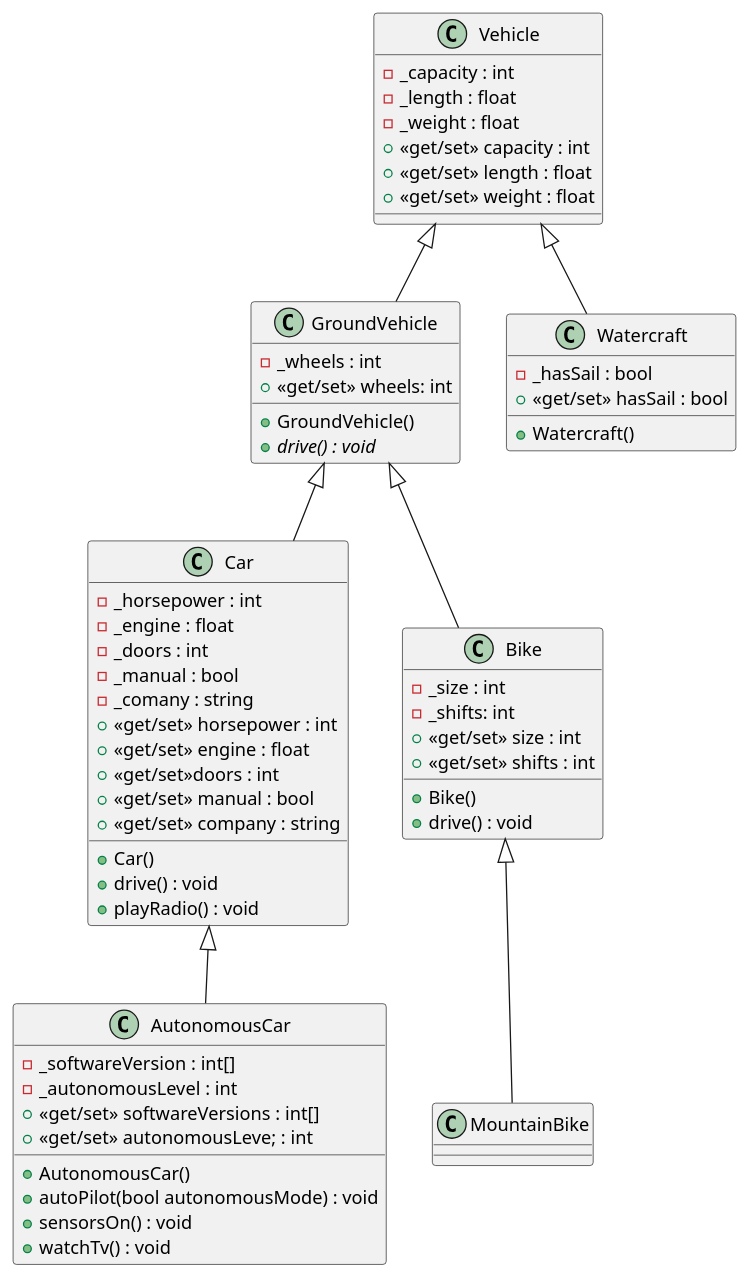
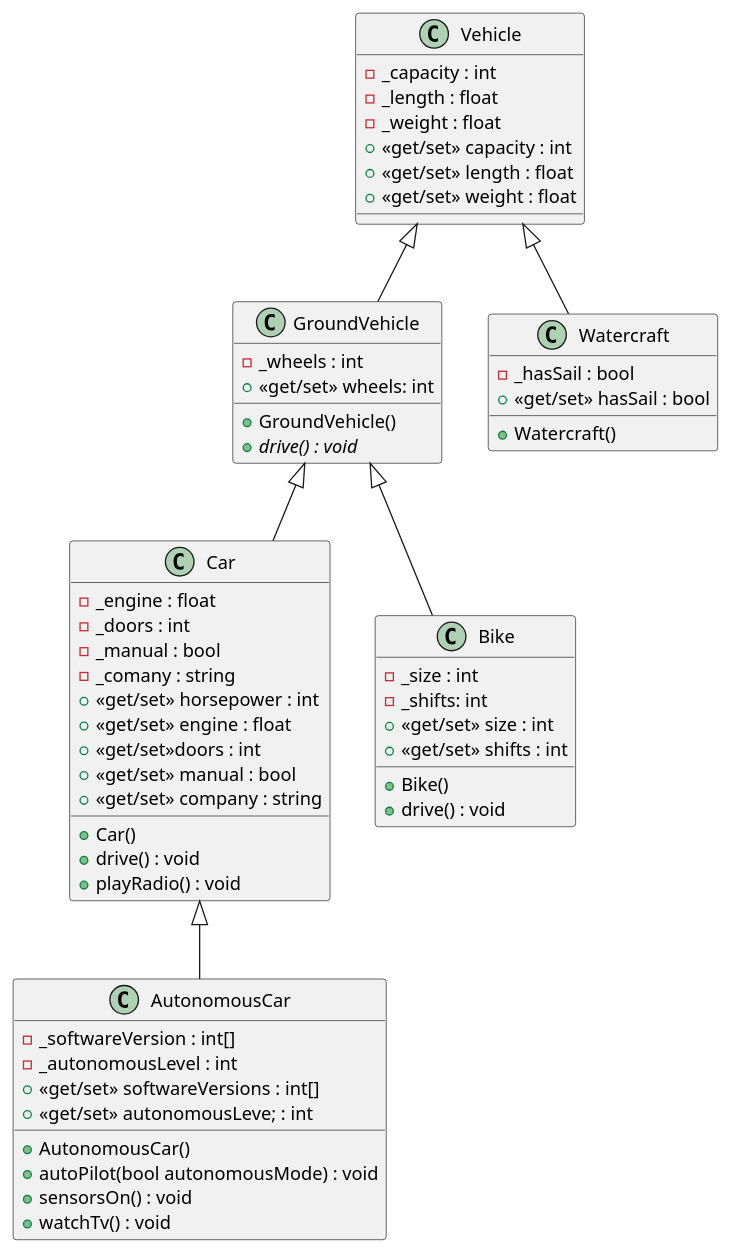
One commit to JOQUR/High_Level_Designing changed the diagram in LAB01/inheritance.puml. Above: the diagram before and after it, drawn with PlantUML. The commit also changed 167 other files, not shown here.

```diff
--- a/LAB01/inheritance.puml
+++ b/LAB01/inheritance.puml
@@ -1,63 +1,58 @@
 @startuml Inheritance
 class GroundVehicle {
     -_wheels : int
     +GroundVehicle()
     +{abstract}drive() : void
     +<<get/set>> wheels: int
 }
 class Watercraft{
     -_hasSail : bool
     +Watercraft()
     +<<get/set>> hasSail : bool
 }
 class Vehicle {
     -_capacity : int
     -_length : float
     -_weight : float
     +<<get/set>> capacity : int
     +<<get/set>> length : float
     +<<get/set>> weight : float
 }
 class Car {
-    -_horsepower : int
     -_engine : float
     -_doors : int
     -_manual : bool
     +Car()
     -_comany : string
     +drive() : void
     +playRadio() : void
     +<<get/set>> horsepower : int
     +<<get/set>> engine : float
     +<<get/set>>doors : int
     +<<get/set>> manual : bool
     +<<get/set>> company : string
 }
 class AutonomousCar {
     -_softwareVersion : int[]
     -_autonomousLevel : int
     +AutonomousCar()
     +autoPilot(bool autonomousMode) : void
     +sensorsOn() : void
     +watchTv() : void
     +<<get/set>> softwareVersions : int[]
     +<<get/set>> autonomousLeve; : int
 }
-class MountainBike {
-
-}
 class Bike {
     -_size : int
     -_shifts: int
     +Bike()
     +drive() : void
     +<<get/set>> size : int
     +<<get/set>> shifts : int
 }
 Vehicle <|-- GroundVehicle
 Vehicle <|-- Watercraft
 GroundVehicle <|-- Car
 GroundVehicle <|-- Bike
 Car <|-- AutonomousCar
-Bike <|-- MountainBike
 @enduml
```
